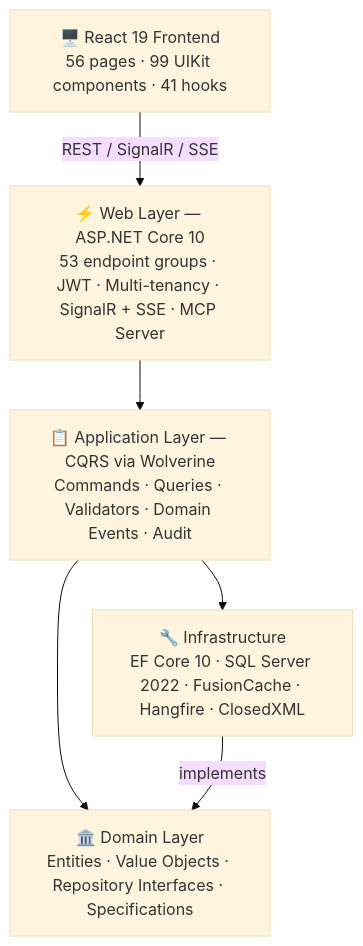
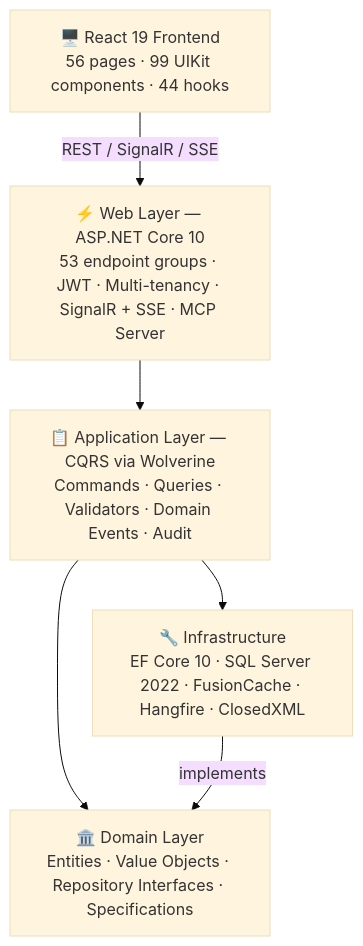
Before and after one commit to NOIR-Solution/NOIR: the diagram in README.md, drawn with Mermaid (base theme). The commit also changed other lines of this file and 5 other files, not shown here.

First line of the commit message:
docs: sync stale counts — MCP 55→62 tools, hooks 41→44, UIKit 98→99

````diff
--- a/README.md
+++ b/README.md
@@ -46,14 +46,14 @@
 ```mermaid
 flowchart TB
-    FE["🖥️ React 19 Frontend<br/>56 pages · 99 UIKit components · 41 hooks"]
+    FE["🖥️ React 19 Frontend<br/>56 pages · 99 UIKit components · 44 hooks"]
     WEB["⚡ Web Layer — ASP.NET Core 10<br/>53 endpoint groups · JWT · Multi-tenancy · SignalR + SSE · MCP Server"]
     APP["📋 Application Layer — CQRS via Wolverine<br/>Commands · Queries · Validators · Domain Events · Audit"]
     DOM["🏛️ Domain Layer<br/>Entities · Value Objects · Repository Interfaces · Specifications"]
     INF["🔧 Infrastructure<br/>EF Core 10 · SQL Server 2022 · FusionCache · Hangfire · ClosedXML"]
 
     FE -->|REST / SignalR / SSE| WEB
     WEB --> APP
     APP --> DOM
     APP --> INF
     INF -->|implements| DOM
 ```
````
